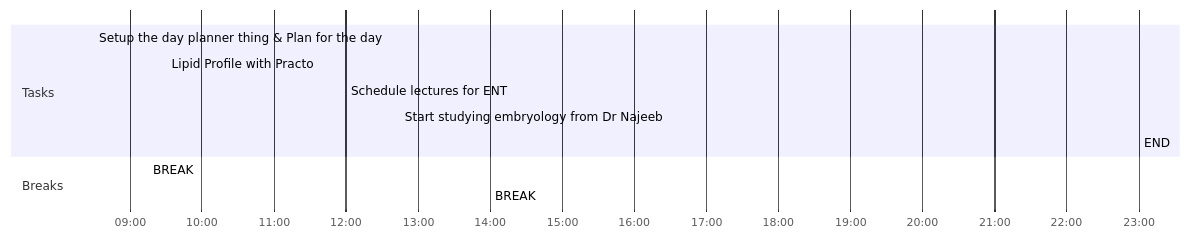
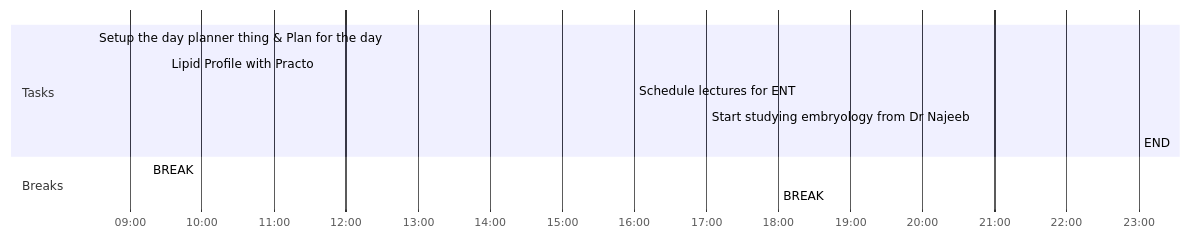
Before and after one commit to nihitkhandelwal-eng/The_Brainforest: the diagram in 🌱 Journal/2022/Quarter 2/04-April/28-Apr-22.md, drawn with Mermaid. The commit also changed other lines of this file and 1 other file, not shown here.

````diff
--- a/🌱 Journal/2022/Quarter 2/04-April/28-Apr-22.md
+++ b/🌱 Journal/2022/Quarter 2/04-April/28-Apr-22.md
@@ -26,15 +41,15 @@
 ```mermaid
 gantt
     dateFormat  HH-mm
     axisFormat %H:%M
-    %% Current Time: 3:41:03 PM
+    %% Current Time: 4:14:03 PM
     section Tasks
     Setup the day planner thing & Plan for the day     :08-30, 60mm
     Lipid Profile with Practo     :09-30, -15mm
-    Schedule lectures for ENT     :12-00, 45mm
-    Start studying embryology from Dr Najeeb     :12-45, 75mm
+    Schedule lectures for ENT     :16-00, 60mm
+    Start studying embryology from Dr Najeeb     :17-00, 60mm
     END     :23-00, 0mm
     section Breaks
-    BREAK     :09-15, 165mm
-    BREAK     :14-00, 540mm
+    BREAK     :09-15, 405mm
+    BREAK     :18-00, 300mm
 ```
````
